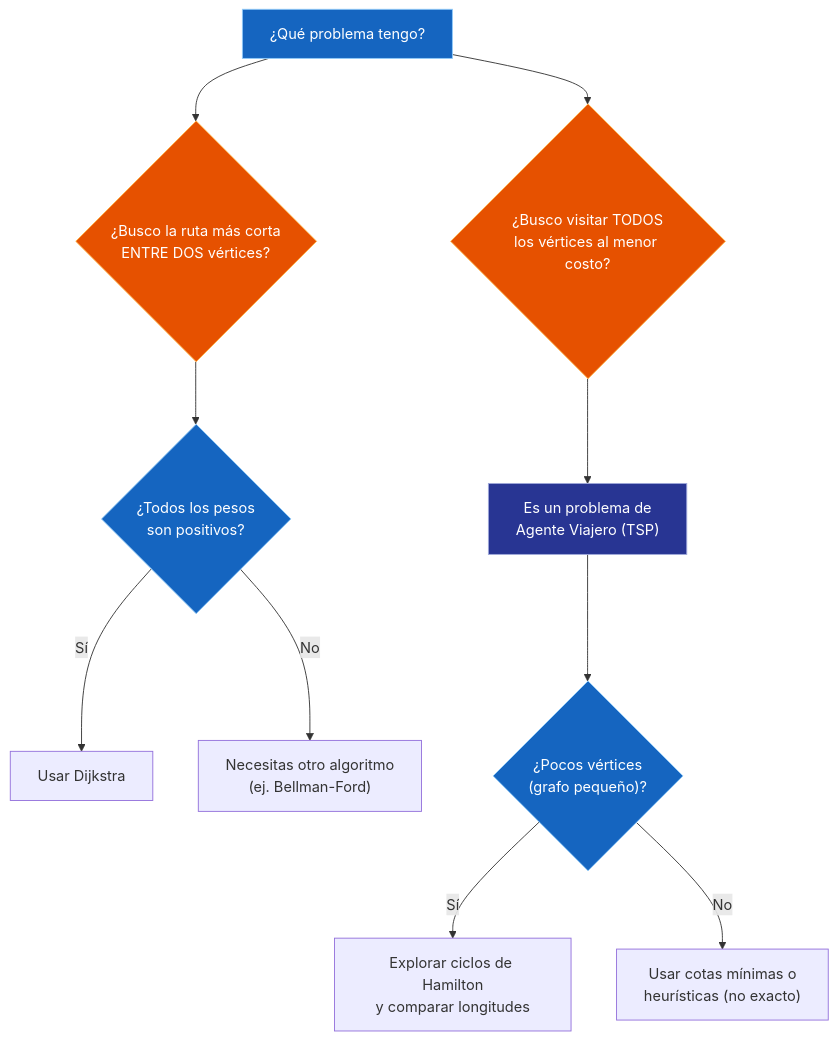
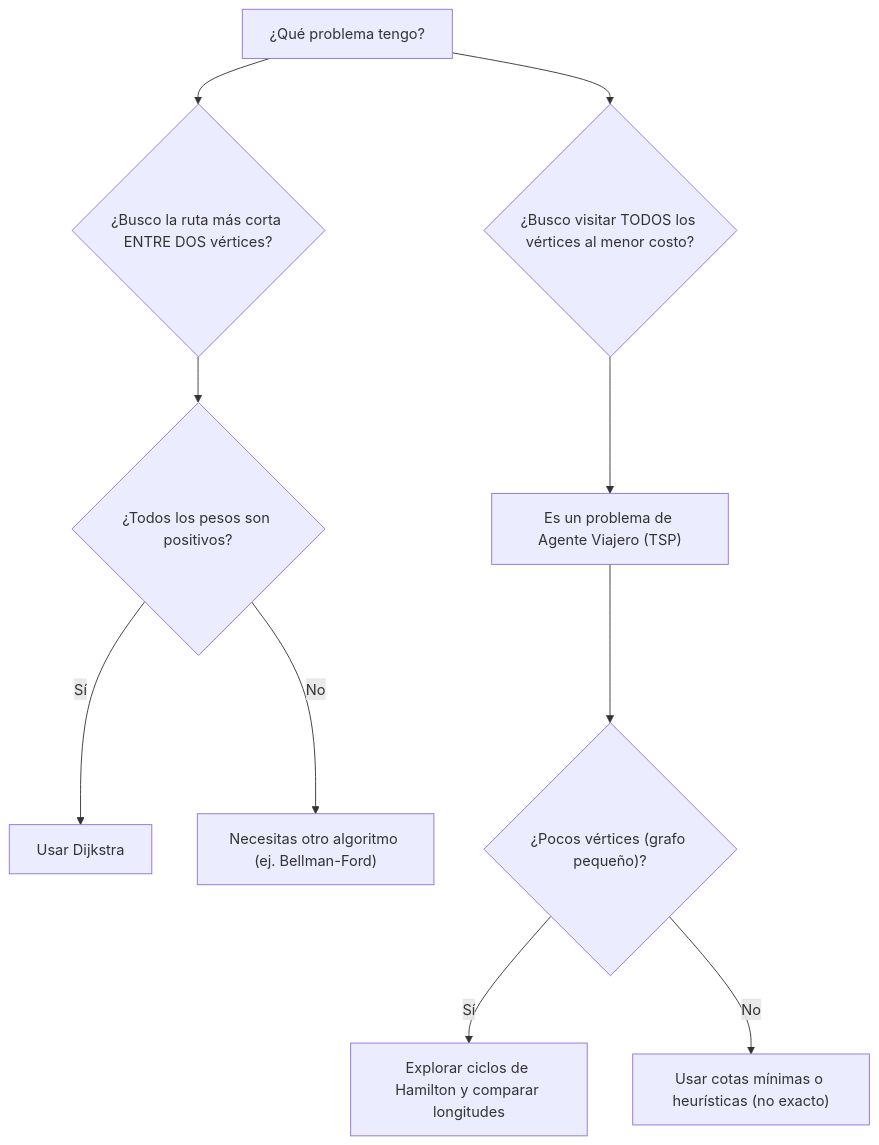
One commit to Fsteven22/Notas-ESPOL changed the first of 2 diagrams in src/site/notes/Universidad/3er Semestre/Matemáticas Discretas/Unidad 5 - Grafos y Árboles/02 - Grafos II - Subgrafos, Matrices y Algoritmos.md. Above: the diagram before and after it, drawn with Mermaid. The commit also changed other lines of this file and 179 other files, not shown here.

````diff
--- a/src/site/notes/Universidad/3er Semestre/Matemáticas Discretas/Unidad 5 - Grafos y Árboles/02 - Grafos II - Subgrafos, Matrices y Algoritmos.md
+++ b/src/site/notes/Universidad/3er Semestre/Matemáticas Discretas/Unidad 5 - Grafos y Árboles/02 - Grafos II - Subgrafos, Matrices y Algoritmos.md
@@ -240,18 +229,12 @@
 ```mermaid
 graph TD
-    A["¿Qué problema tengo?"] --> B{"¿Busco la ruta más corta<br/>ENTRE DOS vértices?"}
-    A --> C{"¿Busco visitar TODOS<br/>los vértices al menor costo?"}
-    B --> D{"¿Todos los pesos<br/>son positivos?"}
+    A["¿Qué problema tengo?"] --> B{"¿Busco la ruta más corta ENTRE DOS vértices?"}
+    A --> C{"¿Busco visitar TODOS los vértices al menor costo?"}
+    B --> D{"¿Todos los pesos son positivos?"}
     D -->|Sí| E["Usar Dijkstra"]
-    D -->|No| F["Necesitas otro algoritmo<br/>(ej. Bellman-Ford)"]
-    C --> G["Es un problema de<br/>Agente Viajero (TSP)"]
-    G --> H{"¿Pocos vértices<br/>(grafo pequeño)?"}
-    H -->|Sí| I["Explorar ciclos de Hamilton<br/>y comparar longitudes"]
-    H -->|No| J["Usar cotas mínimas o<br/>heurísticas (no exacto)"]
-    style A fill:#1565C0,color:#FFFFFF,stroke:#90CAF9,stroke-width:1px
-    style B fill:#E65100,color:#FFFFFF,stroke:#FFB74D,stroke-width:1px
-    style C fill:#E65100,color:#FFFFFF,stroke:#FFB74D,stroke-width:1px
-    style D fill:#1565C0,color:#FFFFFF,stroke:#90CAF9,stroke-width:1px
-    style G fill:#283593,color:#FFFFFF,stroke:#9FA8DA,stroke-width:1px
-    style H fill:#1565C0,color:#FFFFFF,stroke:#90CAF9,stroke-width:1px
+    D -->|No| F["Necesitas otro algoritmo (ej. Bellman-Ford)"]
+    C --> G["Es un problema de Agente Viajero (TSP)"]
+    G --> H{"¿Pocos vértices (grafo pequeño)?"}
+    H -->|Sí| I["Explorar ciclos de Hamilton y comparar longitudes"]
+    H -->|No| J["Usar cotas mínimas o heurísticas (no exacto)"]
 ```
````
